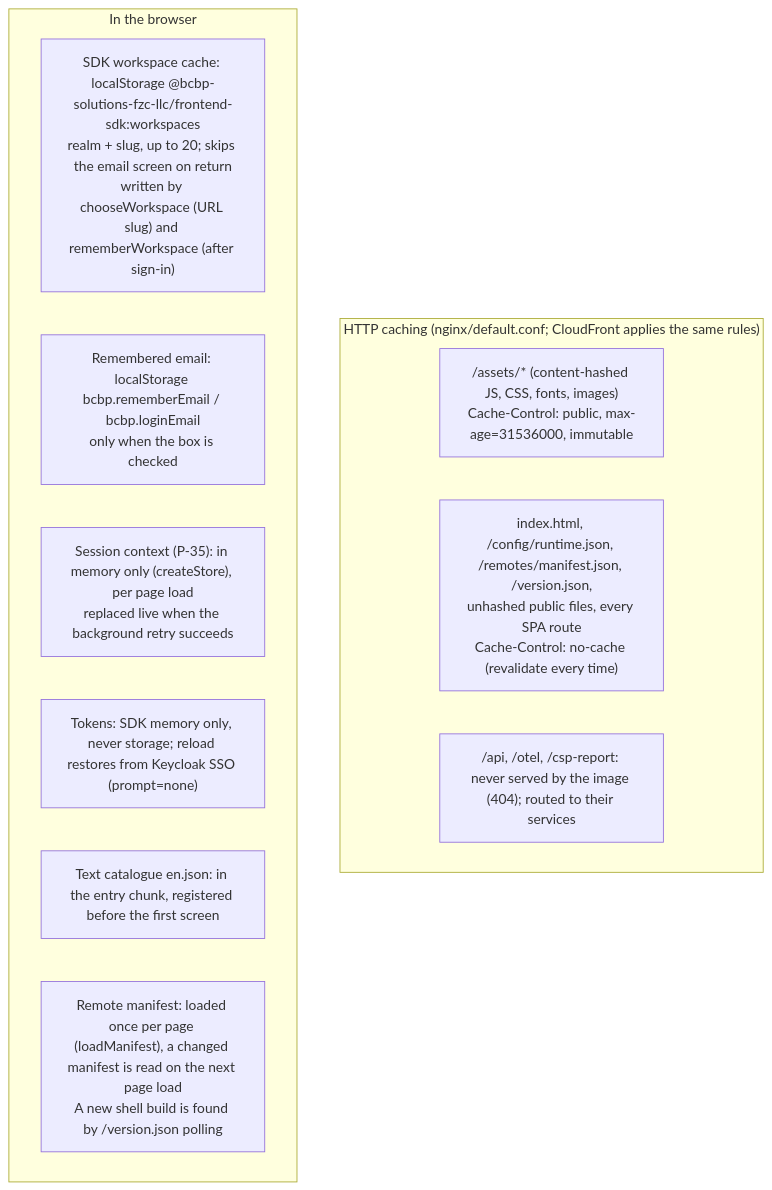
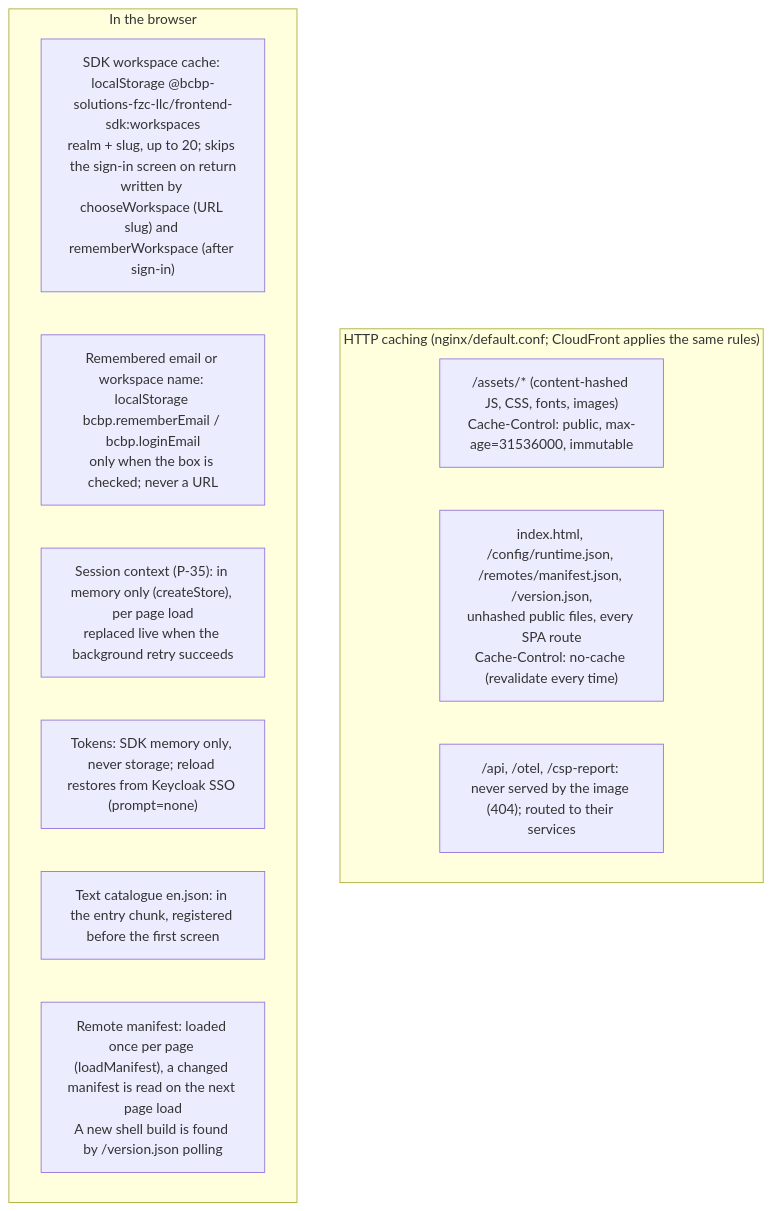
The diagram in docs/architecture/mermaid/cache-strategy.mmd (BCBP-SOLUTIONS-FZC-LLC/web-shell), drawn with Mermaid before and after one commit. The commit also changed 36 other files, not shown here.

First line of the commit message:
Let the sign-in box take a workspace name or URL, and add the IAM screens' UI permissions (#74)

```diff
--- a/docs/architecture/mermaid/cache-strategy.mmd
+++ b/docs/architecture/mermaid/cache-strategy.mmd
@@ -1,14 +1,14 @@
 flowchart TD
     subgraph http["HTTP caching (nginx/default.conf; CloudFront applies the same rules)"]
         h1["/assets/* (content-hashed JS, CSS, fonts, images)\nCache-Control: public, max-age=31536000, immutable"]
         h2["index.html, /config/runtime.json, /remotes/manifest.json, /version.json,\nunhashed public files, every SPA route\nCache-Control: no-cache (revalidate every time)"]
         h3["/api, /otel, /csp-report: never served by the image (404); routed to their services"]
     end
     subgraph browser["In the browser"]
-        b1["SDK workspace cache: localStorage @bcbp-solutions-fzc-llc/frontend-sdk:workspaces\nrealm + slug, up to 20; skips the email screen on return\nwritten by chooseWorkspace (URL slug) and rememberWorkspace (after sign-in)"]
-        b2["Remembered email: localStorage bcbp.rememberEmail / bcbp.loginEmail\nonly when the box is checked"]
+        b1["SDK workspace cache: localStorage @bcbp-solutions-fzc-llc/frontend-sdk:workspaces\nrealm + slug, up to 20; skips the sign-in screen on return\nwritten by chooseWorkspace (URL slug) and rememberWorkspace (after sign-in)"]
+        b2["Remembered email or workspace name: localStorage bcbp.rememberEmail / bcbp.loginEmail\nonly when the box is checked; never a URL"]
         b3["Session context (P-35): in memory only (createStore), per page load\nreplaced live when the background retry succeeds"]
         b4["Tokens: SDK memory only, never storage; reload restores from Keycloak SSO (prompt=none)"]
         b5["Text catalogue en.json: in the entry chunk, registered before the first screen"]
         b6["Remote manifest: loaded once per page (loadManifest), a changed manifest is read on the next page load\nA new shell build is found by /version.json polling"]
     end
```
